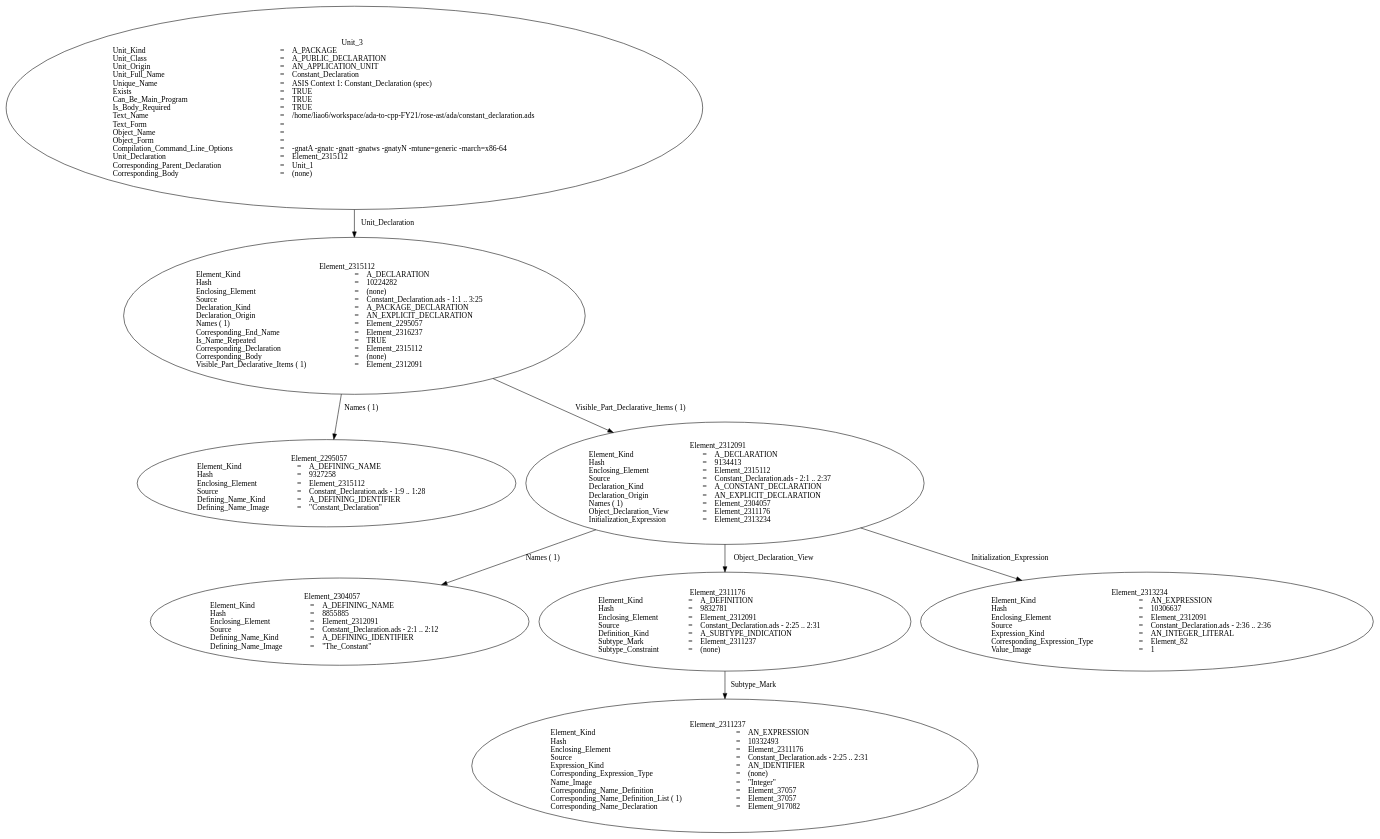
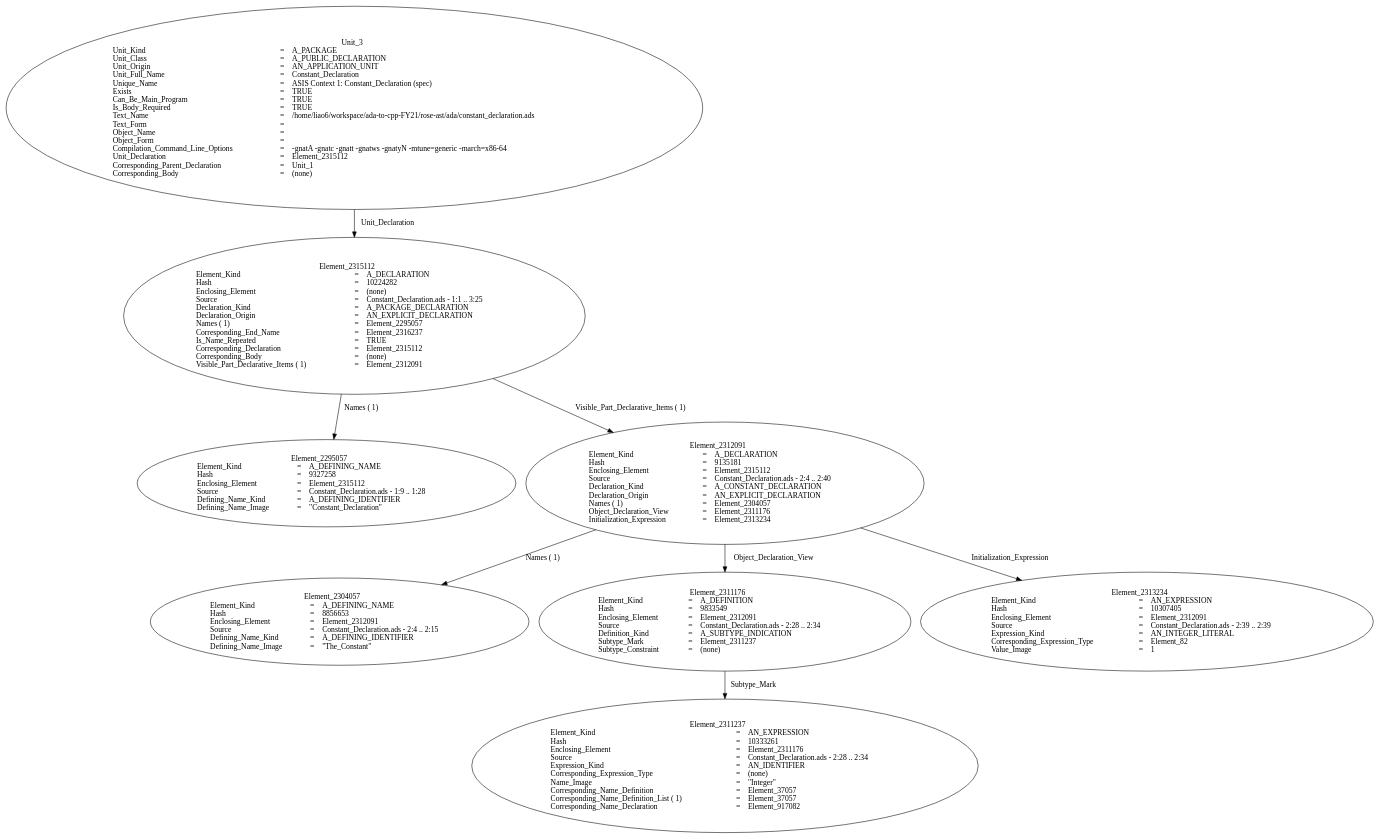
Before and after one commit to chunhualiao/rose-ast: the diagram in ada/constant_declaration.ads.dot, drawn with Graphviz. The commit also changed 377 other files, not shown here.

```diff
--- a/ada/constant_declaration.ads.dot
+++ b/ada/constant_declaration.ads.dot
@@ -1,121 +1,121 @@
 digraph "/home/liao6/workspace/ada-to-cpp-FY21/rose-ast/ada/obj/constant_declaration.adt" {
   Unit_3 -> Element_2315112
       [ label=Unit_Declaration ];
   Unit_3
       [ label=<<TABLE BORDER="0" CELLBORDER="0" CELLSPACING="0" CELLPADDING="0"> 
           <TR><TD COLSPAN="3">Unit_3</TD></TR>
           <TR><TD ALIGN="LEFT">Unit_Kind   </TD><TD> = </TD><TD ALIGN="LEFT">A_PACKAGE</TD></TR>
           <TR><TD ALIGN="LEFT">Unit_Class   </TD><TD> = </TD><TD ALIGN="LEFT">A_PUBLIC_DECLARATION</TD></TR>
           <TR><TD ALIGN="LEFT">Unit_Origin   </TD><TD> = </TD><TD ALIGN="LEFT">AN_APPLICATION_UNIT</TD></TR>
           <TR><TD ALIGN="LEFT">Unit_Full_Name    </TD><TD> = </TD><TD ALIGN="LEFT">Constant_Declaration</TD></TR>
           <TR><TD ALIGN="LEFT">Unique_Name   </TD><TD> = </TD><TD ALIGN="LEFT">ASIS Context 1: Constant_Declaration (spec)</TD></TR>
           <TR><TD ALIGN="LEFT">Exists  </TD><TD> = </TD><TD ALIGN="LEFT">TRUE</TD></TR>
           <TR><TD ALIGN="LEFT">Can_Be_Main_Program     </TD><TD> = </TD><TD ALIGN="LEFT">TRUE</TD></TR>
           <TR><TD ALIGN="LEFT">Is_Body_Required     </TD><TD> = </TD><TD ALIGN="LEFT">TRUE</TD></TR>
           <TR><TD ALIGN="LEFT">Text_Name   </TD><TD> = </TD><TD ALIGN="LEFT">/home/liao6/workspace/ada-to-cpp-FY21/rose-ast/ada/constant_declaration.ads</TD></TR>
           <TR><TD ALIGN="LEFT">Text_Form   </TD><TD> = </TD><TD ALIGN="LEFT"></TD></TR>
           <TR><TD ALIGN="LEFT">Object_Name   </TD><TD> = </TD><TD ALIGN="LEFT"></TD></TR>
           <TR><TD ALIGN="LEFT">Object_Form   </TD><TD> = </TD><TD ALIGN="LEFT"></TD></TR>
           <TR><TD ALIGN="LEFT">Compilation_Command_Line_Options         </TD><TD> = </TD><TD ALIGN="LEFT">-gnatA -gnatc -gnatt -gnatws -gnatyN -mtune=generic -march=x86-64</TD></TR>
           <TR><TD ALIGN="LEFT">Unit_Declaration     </TD><TD> = </TD><TD ALIGN="LEFT">Element_2315112</TD></TR>
           <TR><TD ALIGN="LEFT">Corresponding_Parent_Declaration         </TD><TD> = </TD><TD ALIGN="LEFT">Unit_1</TD></TR>
           <TR><TD ALIGN="LEFT">Corresponding_Body     </TD><TD> = </TD><TD ALIGN="LEFT">(none)</TD></TR>
           </TABLE>> ];
   Element_2315112 -> Element_2295057
       [ label="Names ( 1)" ];
   Element_2315112 -> Element_2312091
       [ label="Visible_Part_Declarative_Items ( 1)" ];
   Element_2315112
       [ label=<<TABLE BORDER="0" CELLBORDER="0" CELLSPACING="0" CELLPADDING="0"> 
           <TR><TD COLSPAN="3">Element_2315112</TD></TR>
           <TR><TD ALIGN="LEFT">Element_Kind    </TD><TD> = </TD><TD ALIGN="LEFT">A_DECLARATION</TD></TR>
           <TR><TD ALIGN="LEFT">Hash  </TD><TD> = </TD><TD ALIGN="LEFT"> 10224282</TD></TR>
           <TR><TD ALIGN="LEFT">Enclosing_Element     </TD><TD> = </TD><TD ALIGN="LEFT">(none)</TD></TR>
           <TR><TD ALIGN="LEFT">Source  </TD><TD> = </TD><TD ALIGN="LEFT">Constant_Declaration.ads - 1:1 .. 3:25</TD></TR>
           <TR><TD ALIGN="LEFT">Declaration_Kind     </TD><TD> = </TD><TD ALIGN="LEFT">A_PACKAGE_DECLARATION</TD></TR>
           <TR><TD ALIGN="LEFT">Declaration_Origin     </TD><TD> = </TD><TD ALIGN="LEFT">AN_EXPLICIT_DECLARATION</TD></TR>
           <TR><TD ALIGN="LEFT">Names ( 1)   </TD><TD> = </TD><TD ALIGN="LEFT">Element_2295057</TD></TR>
           <TR><TD ALIGN="LEFT">Corresponding_End_Name      </TD><TD> = </TD><TD ALIGN="LEFT">Element_2316237</TD></TR>
           <TR><TD ALIGN="LEFT">Is_Name_Repeated     </TD><TD> = </TD><TD ALIGN="LEFT">TRUE</TD></TR>
           <TR><TD ALIGN="LEFT">Corresponding_Declaration       </TD><TD> = </TD><TD ALIGN="LEFT">Element_2315112</TD></TR>
           <TR><TD ALIGN="LEFT">Corresponding_Body     </TD><TD> = </TD><TD ALIGN="LEFT">(none)</TD></TR>
           <TR><TD ALIGN="LEFT">Visible_Part_Declarative_Items ( 1)         </TD><TD> = </TD><TD ALIGN="LEFT">Element_2312091</TD></TR>
           </TABLE>> ];
   Element_2295057
       [ label=<<TABLE BORDER="0" CELLBORDER="0" CELLSPACING="0" CELLPADDING="0"> 
           <TR><TD COLSPAN="3">Element_2295057</TD></TR>
           <TR><TD ALIGN="LEFT">Element_Kind    </TD><TD> = </TD><TD ALIGN="LEFT">A_DEFINING_NAME</TD></TR>
           <TR><TD ALIGN="LEFT">Hash  </TD><TD> = </TD><TD ALIGN="LEFT"> 9327258</TD></TR>
           <TR><TD ALIGN="LEFT">Enclosing_Element     </TD><TD> = </TD><TD ALIGN="LEFT">Element_2315112</TD></TR>
           <TR><TD ALIGN="LEFT">Source  </TD><TD> = </TD><TD ALIGN="LEFT">Constant_Declaration.ads - 1:9 .. 1:28</TD></TR>
           <TR><TD ALIGN="LEFT">Defining_Name_Kind     </TD><TD> = </TD><TD ALIGN="LEFT">A_DEFINING_IDENTIFIER</TD></TR>
           <TR><TD ALIGN="LEFT">Defining_Name_Image     </TD><TD> = </TD><TD ALIGN="LEFT">"Constant_Declaration"</TD></TR>
           </TABLE>> ];
   Element_2312091 -> Element_2304057
       [ label="Names ( 1)" ];
   Element_2312091 -> Element_2311176
       [ label=Object_Declaration_View ];
   Element_2312091 -> Element_2313234
       [ label=Initialization_Expression ];
   Element_2312091
       [ label=<<TABLE BORDER="0" CELLBORDER="0" CELLSPACING="0" CELLPADDING="0"> 
           <TR><TD COLSPAN="3">Element_2312091</TD></TR>
           <TR><TD ALIGN="LEFT">Element_Kind    </TD><TD> = </TD><TD ALIGN="LEFT">A_DECLARATION</TD></TR>
-          <TR><TD ALIGN="LEFT">Hash  </TD><TD> = </TD><TD ALIGN="LEFT"> 9134413</TD></TR>
+          <TR><TD ALIGN="LEFT">Hash  </TD><TD> = </TD><TD ALIGN="LEFT"> 9135181</TD></TR>
           <TR><TD ALIGN="LEFT">Enclosing_Element     </TD><TD> = </TD><TD ALIGN="LEFT">Element_2315112</TD></TR>
-          <TR><TD ALIGN="LEFT">Source  </TD><TD> = </TD><TD ALIGN="LEFT">Constant_Declaration.ads - 2:1 .. 2:37</TD></TR>
+          <TR><TD ALIGN="LEFT">Source  </TD><TD> = </TD><TD ALIGN="LEFT">Constant_Declaration.ads - 2:4 .. 2:40</TD></TR>
           <TR><TD ALIGN="LEFT">Declaration_Kind     </TD><TD> = </TD><TD ALIGN="LEFT">A_CONSTANT_DECLARATION</TD></TR>
           <TR><TD ALIGN="LEFT">Declaration_Origin     </TD><TD> = </TD><TD ALIGN="LEFT">AN_EXPLICIT_DECLARATION</TD></TR>
           <TR><TD ALIGN="LEFT">Names ( 1)   </TD><TD> = </TD><TD ALIGN="LEFT">Element_2304057</TD></TR>
           <TR><TD ALIGN="LEFT">Object_Declaration_View      </TD><TD> = </TD><TD ALIGN="LEFT">Element_2311176</TD></TR>
           <TR><TD ALIGN="LEFT">Initialization_Expression       </TD><TD> = </TD><TD ALIGN="LEFT">Element_2313234</TD></TR>
           </TABLE>> ];
   Element_2304057
       [ label=<<TABLE BORDER="0" CELLBORDER="0" CELLSPACING="0" CELLPADDING="0"> 
           <TR><TD COLSPAN="3">Element_2304057</TD></TR>
           <TR><TD ALIGN="LEFT">Element_Kind    </TD><TD> = </TD><TD ALIGN="LEFT">A_DEFINING_NAME</TD></TR>
-          <TR><TD ALIGN="LEFT">Hash  </TD><TD> = </TD><TD ALIGN="LEFT"> 8855885</TD></TR>
+          <TR><TD ALIGN="LEFT">Hash  </TD><TD> = </TD><TD ALIGN="LEFT"> 8856653</TD></TR>
           <TR><TD ALIGN="LEFT">Enclosing_Element     </TD><TD> = </TD><TD ALIGN="LEFT">Element_2312091</TD></TR>
-          <TR><TD ALIGN="LEFT">Source  </TD><TD> = </TD><TD ALIGN="LEFT">Constant_Declaration.ads - 2:1 .. 2:12</TD></TR>
+          <TR><TD ALIGN="LEFT">Source  </TD><TD> = </TD><TD ALIGN="LEFT">Constant_Declaration.ads - 2:4 .. 2:15</TD></TR>
           <TR><TD ALIGN="LEFT">Defining_Name_Kind     </TD><TD> = </TD><TD ALIGN="LEFT">A_DEFINING_IDENTIFIER</TD></TR>
           <TR><TD ALIGN="LEFT">Defining_Name_Image     </TD><TD> = </TD><TD ALIGN="LEFT">"The_Constant"</TD></TR>
           </TABLE>> ];
   Element_2311176 -> Element_2311237
       [ label=Subtype_Mark ];
   Element_2311176
       [ label=<<TABLE BORDER="0" CELLBORDER="0" CELLSPACING="0" CELLPADDING="0"> 
           <TR><TD COLSPAN="3">Element_2311176</TD></TR>
           <TR><TD ALIGN="LEFT">Element_Kind    </TD><TD> = </TD><TD ALIGN="LEFT">A_DEFINITION</TD></TR>
-          <TR><TD ALIGN="LEFT">Hash  </TD><TD> = </TD><TD ALIGN="LEFT"> 9832781</TD></TR>
+          <TR><TD ALIGN="LEFT">Hash  </TD><TD> = </TD><TD ALIGN="LEFT"> 9833549</TD></TR>
           <TR><TD ALIGN="LEFT">Enclosing_Element     </TD><TD> = </TD><TD ALIGN="LEFT">Element_2312091</TD></TR>
-          <TR><TD ALIGN="LEFT">Source  </TD><TD> = </TD><TD ALIGN="LEFT">Constant_Declaration.ads - 2:25 .. 2:31</TD></TR>
+          <TR><TD ALIGN="LEFT">Source  </TD><TD> = </TD><TD ALIGN="LEFT">Constant_Declaration.ads - 2:28 .. 2:34</TD></TR>
           <TR><TD ALIGN="LEFT">Definition_Kind    </TD><TD> = </TD><TD ALIGN="LEFT">A_SUBTYPE_INDICATION</TD></TR>
           <TR><TD ALIGN="LEFT">Subtype_Mark    </TD><TD> = </TD><TD ALIGN="LEFT">Element_2311237</TD></TR>
           <TR><TD ALIGN="LEFT">Subtype_Constraint     </TD><TD> = </TD><TD ALIGN="LEFT">(none)</TD></TR>
           </TABLE>> ];
   Element_2311237
       [ label=<<TABLE BORDER="0" CELLBORDER="0" CELLSPACING="0" CELLPADDING="0"> 
           <TR><TD COLSPAN="3">Element_2311237</TD></TR>
           <TR><TD ALIGN="LEFT">Element_Kind    </TD><TD> = </TD><TD ALIGN="LEFT">AN_EXPRESSION</TD></TR>
-          <TR><TD ALIGN="LEFT">Hash  </TD><TD> = </TD><TD ALIGN="LEFT"> 10332493</TD></TR>
+          <TR><TD ALIGN="LEFT">Hash  </TD><TD> = </TD><TD ALIGN="LEFT"> 10333261</TD></TR>
           <TR><TD ALIGN="LEFT">Enclosing_Element     </TD><TD> = </TD><TD ALIGN="LEFT">Element_2311176</TD></TR>
-          <TR><TD ALIGN="LEFT">Source  </TD><TD> = </TD><TD ALIGN="LEFT">Constant_Declaration.ads - 2:25 .. 2:31</TD></TR>
+          <TR><TD ALIGN="LEFT">Source  </TD><TD> = </TD><TD ALIGN="LEFT">Constant_Declaration.ads - 2:28 .. 2:34</TD></TR>
           <TR><TD ALIGN="LEFT">Expression_Kind    </TD><TD> = </TD><TD ALIGN="LEFT">AN_IDENTIFIER</TD></TR>
           <TR><TD ALIGN="LEFT">Corresponding_Expression_Type        </TD><TD> = </TD><TD ALIGN="LEFT">(none)</TD></TR>
           <TR><TD ALIGN="LEFT">Name_Image   </TD><TD> = </TD><TD ALIGN="LEFT">"Integer"</TD></TR>
           <TR><TD ALIGN="LEFT">Corresponding_Name_Definition        </TD><TD> = </TD><TD ALIGN="LEFT">Element_37057</TD></TR>
           <TR><TD ALIGN="LEFT">Corresponding_Name_Definition_List ( 1)          </TD><TD> = </TD><TD ALIGN="LEFT">Element_37057</TD></TR>
           <TR><TD ALIGN="LEFT">Corresponding_Name_Declaration        </TD><TD> = </TD><TD ALIGN="LEFT">Element_917082</TD></TR>
           </TABLE>> ];
   Element_2313234
       [ label=<<TABLE BORDER="0" CELLBORDER="0" CELLSPACING="0" CELLPADDING="0"> 
           <TR><TD COLSPAN="3">Element_2313234</TD></TR>
           <TR><TD ALIGN="LEFT">Element_Kind    </TD><TD> = </TD><TD ALIGN="LEFT">AN_EXPRESSION</TD></TR>
-          <TR><TD ALIGN="LEFT">Hash  </TD><TD> = </TD><TD ALIGN="LEFT"> 10306637</TD></TR>
+          <TR><TD ALIGN="LEFT">Hash  </TD><TD> = </TD><TD ALIGN="LEFT"> 10307405</TD></TR>
           <TR><TD ALIGN="LEFT">Enclosing_Element     </TD><TD> = </TD><TD ALIGN="LEFT">Element_2312091</TD></TR>
-          <TR><TD ALIGN="LEFT">Source  </TD><TD> = </TD><TD ALIGN="LEFT">Constant_Declaration.ads - 2:36 .. 2:36</TD></TR>
+          <TR><TD ALIGN="LEFT">Source  </TD><TD> = </TD><TD ALIGN="LEFT">Constant_Declaration.ads - 2:39 .. 2:39</TD></TR>
           <TR><TD ALIGN="LEFT">Expression_Kind    </TD><TD> = </TD><TD ALIGN="LEFT">AN_INTEGER_LITERAL</TD></TR>
           <TR><TD ALIGN="LEFT">Corresponding_Expression_Type        </TD><TD> = </TD><TD ALIGN="LEFT">Element_82</TD></TR>
           <TR><TD ALIGN="LEFT">Value_Image   </TD><TD> = </TD><TD ALIGN="LEFT">1</TD></TR>
           </TABLE>> ]
 }
```
